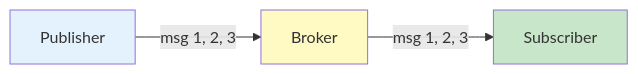
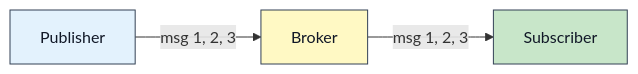
Before and after one commit to gabloe/felix: the first of 7 diagrams in docs-site/src/content/docs/architecture/semantics.md, drawn with Mermaid. The commit also changed other lines of this file and 36 other files, not shown here.

````diff
--- a/docs-site/src/content/docs/architecture/semantics.md
+++ b/docs-site/src/content/docs/architecture/semantics.md
@@ -87,9 +87,9 @@
 ```mermaid
 graph LR
     P[Publisher] -->|msg 1, 2, 3| B[Broker]
     B -->|msg 1, 2, 3| S[Subscriber]
     
-    style P fill:#e3f2fd
-    style B fill:#fff9c4
-    style S fill:#c8e6c9
+    style P fill:#e3f2fd,stroke:#334155,color:#111827
+    style B fill:#fff9c4,stroke:#334155,color:#111827
+    style S fill:#c8e6c9,stroke:#334155,color:#111827
 ```
````
